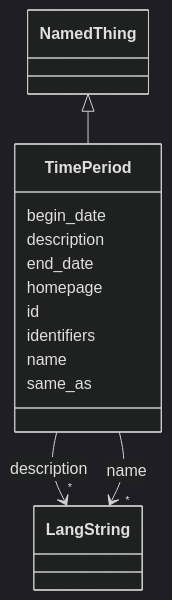
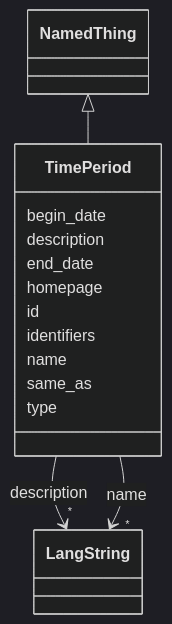
One commit to DARIAH-IL/idhi-manifests changed the diagram in docs/classes/TimePeriod.md. Above: the diagram before and after it, drawn with Mermaid (dark theme). The commit also changed other lines of this file and 26 other files, not shown here.

````diff
--- a/docs/classes/TimePeriod.md
+++ b/docs/classes/TimePeriod.md
@@ -23,43 +23,45 @@
 ```mermaid
  classDiagram
     class TimePeriod
     click TimePeriod href "../../classes/TimePeriod/"
       NamedThing <|-- TimePeriod
         click NamedThing href "../../classes/NamedThing/"
       
       TimePeriod : begin_date
         
       TimePeriod : description
         
           
     
         
         
         TimePeriod --> "*" LangString : description
         click LangString href "../../classes/LangString/"
     
 
         
       TimePeriod : end_date
         
       TimePeriod : homepage
         
       TimePeriod : id
         
       TimePeriod : identifiers
         
       TimePeriod : name
         
           
     
         
         
         TimePeriod --> "*" LangString : name
         click LangString href "../../classes/LangString/"
     
 
         
       TimePeriod : same_as
         
+      TimePeriod : type
+        
       
 ```
````
